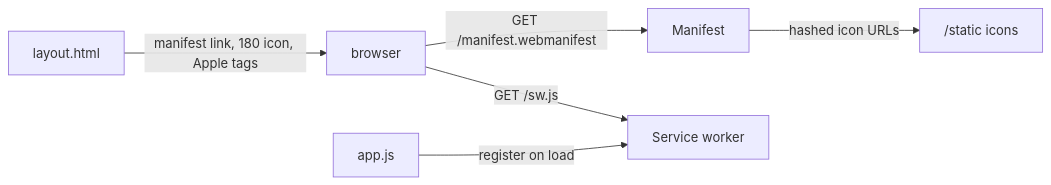
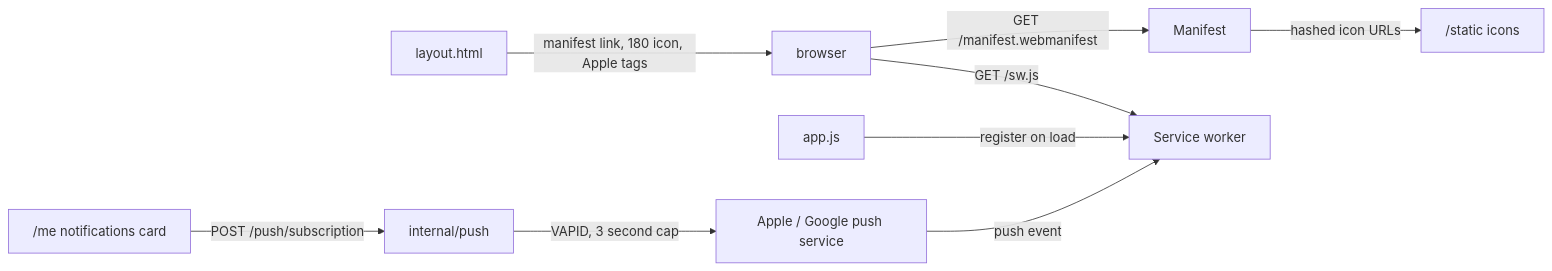
The diagram in docs/concepts/notifications.md (kalverra/parlay-club), drawn with Mermaid before and after one commit. The commit also changed other lines of this file and 9 other files, not shown here.

````diff
--- a/docs/concepts/notifications.md
+++ b/docs/concepts/notifications.md
@@ -17,8 +21,11 @@
 ```mermaid
 flowchart LR
   BROWSER[browser] -->|"GET /manifest.webmanifest"| MANIFEST[Manifest]
   BROWSER -->|"GET /sw.js"| WORKER[Service worker]
   LAYOUT[layout.html] -->|"manifest link, 180 icon, Apple tags"| BROWSER
   APPJS[app.js] -->|"register on load"| WORKER
   MANIFEST -->|"hashed icon URLs"| STATIC["/static icons"]
+  ME["/me notifications card"] -->|"POST /push/subscription"| PUSH[internal/push]
+  PUSH -->|"VAPID, 3 second cap"| SVC[Apple / Google push service]
+  SVC -->|"push event"| WORKER
 ```
````
